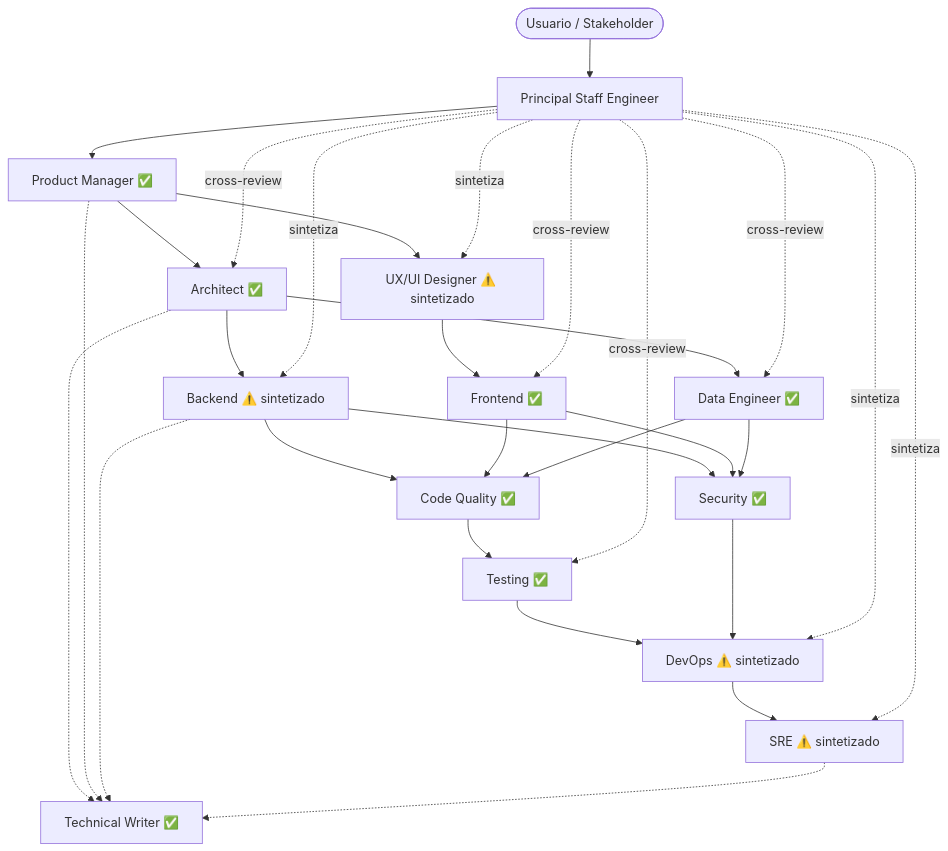
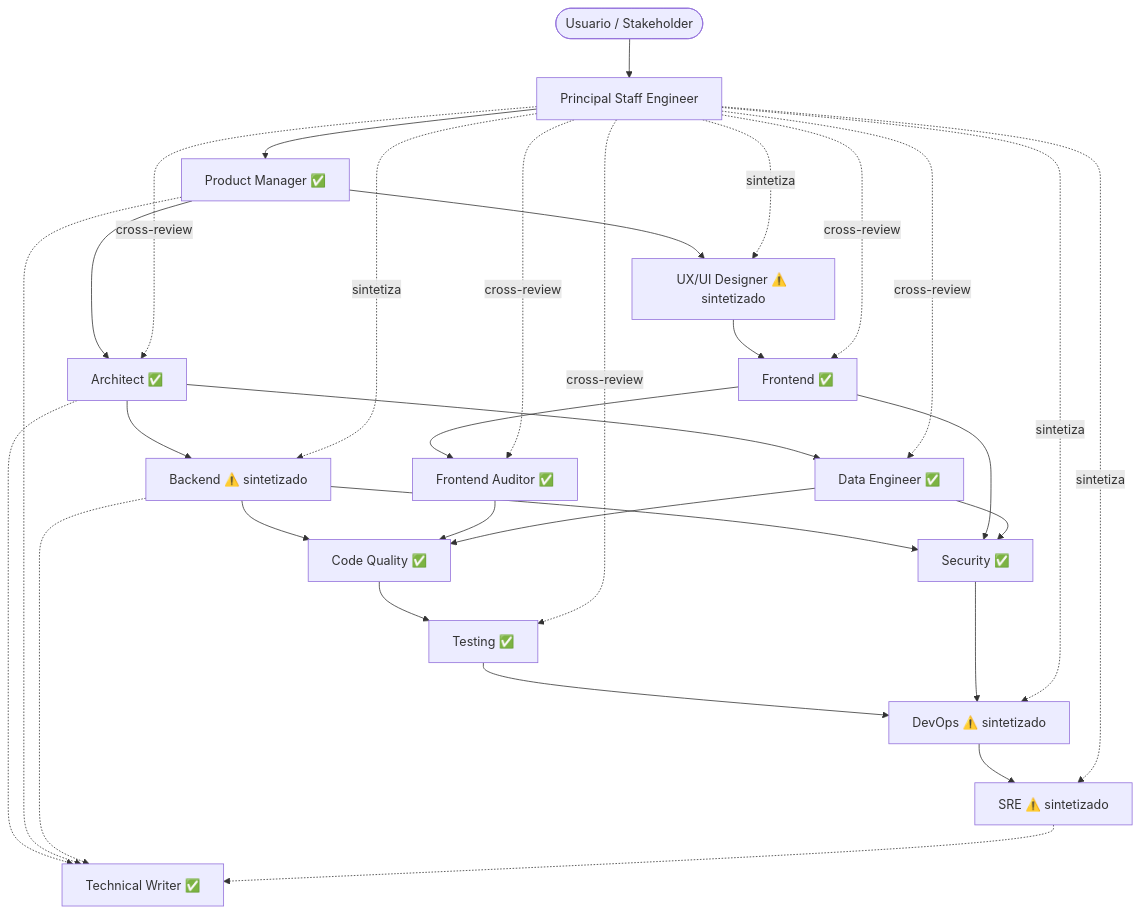
One commit to JuanSolTorr/events-timer changed the diagram in .github/agents/principal-staff-engineer.md. Above: the diagram before and after it, drawn with Mermaid. The commit also changed other lines of this file and 21 other files, not shown here.

````diff
--- a/.github/agents/principal-staff-engineer.md
+++ b/.github/agents/principal-staff-engineer.md
@@ -118,32 +120,34 @@
 ```mermaid
 flowchart TD
     User([Usuario / Stakeholder]) --> SE[Principal Staff Engineer]
     SE --> PM[Product Manager ✅]
     PM --> ARCH[Architect ✅]
     PM --> UX[UX/UI Designer ⚠️ sintetizado]
     ARCH --> BE[Backend ⚠️ sintetizado]
     ARCH --> DE[Data Engineer ✅]
     UX --> FE[Frontend ✅]
     BE --> CQ[Code Quality ✅]
-    FE --> CQ
+    FE --> FA[Frontend Auditor ✅]
+    FA --> CQ
     DE --> CQ
     CQ --> TEST[Testing ✅]
     BE --> SEC[Security ✅]
     FE --> SEC
     DE --> SEC
     TEST --> DEVOPS[DevOps ⚠️ sintetizado]
     SEC --> DEVOPS
     DEVOPS --> SRE[SRE ⚠️ sintetizado]
     ARCH -.-> TW[Technical Writer ✅]
     PM -.-> TW
     BE -.-> TW
     SRE -.-> TW
     SE -.cross-review.-> ARCH
     SE -.cross-review.-> FE
     SE -.cross-review.-> DE
+    SE -.cross-review.-> FA
     SE -.cross-review.-> TEST
     SE -.sintetiza.-> UX
     SE -.sintetiza.-> BE
     SE -.sintetiza.-> DEVOPS
     SE -.sintetiza.-> SRE
 ```
````
